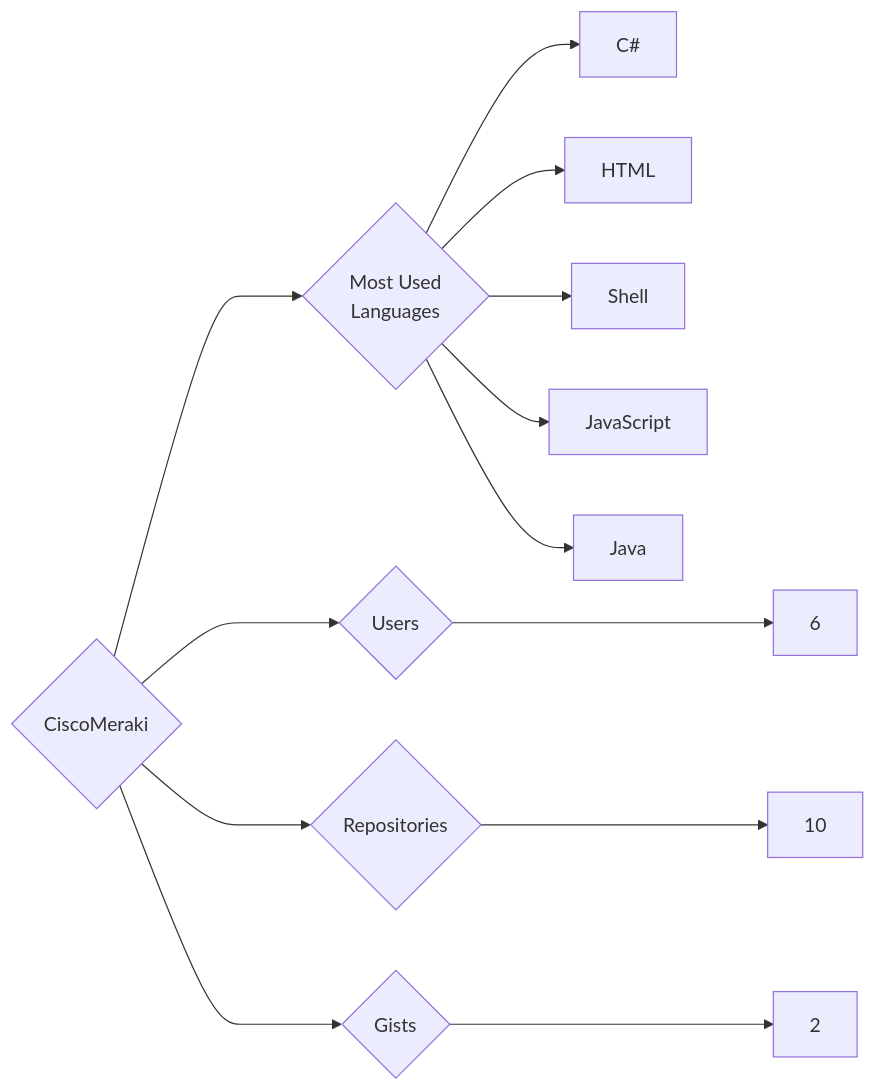
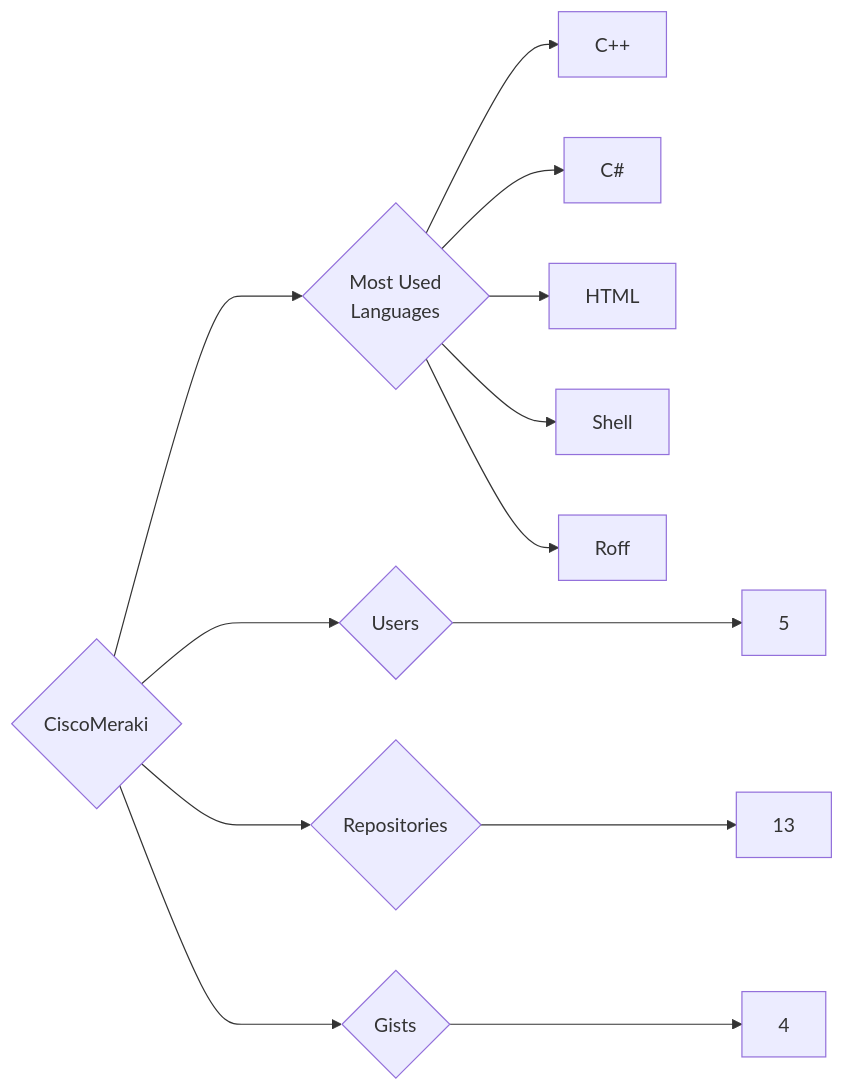
The diagram in targets/CiscoMeraki/README.md (trickest/insiders), drawn with Mermaid before and after one commit. The commit also changed 1195 other files, not shown here.

````diff
--- a/targets/CiscoMeraki/README.md
+++ b/targets/CiscoMeraki/README.md
@@ -3,13 +3,13 @@
 ```mermaid
 graph LR
 COMPANY_NAME{CiscoMeraki}
-COMPANY_NAME ---> U{Users} ---> UN[6]
-COMPANY_NAME ---> R{Repositories} ---> RN[10]
-COMPANY_NAME ---> G{Gists} ---> GN[2]
+COMPANY_NAME ---> U{Users} ---> UN[5]
+COMPANY_NAME ---> R{Repositories} ---> RN[13]
+COMPANY_NAME ---> G{Gists} ---> GN[4]
 COMPANY_NAME ---> ML{Most Used<br>Languages}
+ML --> C++[C++]
 ML --> C#[C#]
 ML --> HTML[HTML]
 ML --> Shell[Shell]
-ML --> JavaScript[JavaScript]
-ML --> Java[Java]
+ML --> Roff[Roff]
 ```
````
